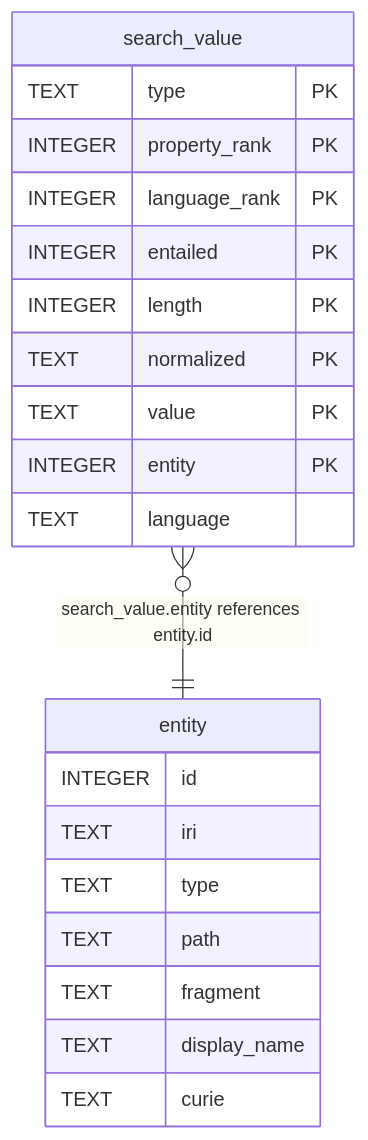
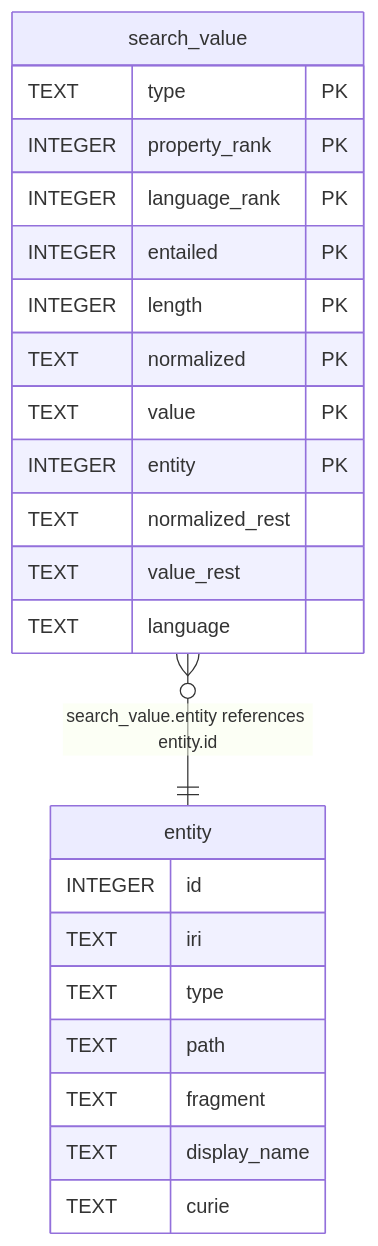
Before and after one commit to jclerman/browl: the diagram in docs/schema/derived/search_value.md, drawn with Mermaid. The commit also changed other lines of this file and 15 other files, not shown here.

````diff
--- a/docs/schema/derived/search_value.md
+++ b/docs/schema/derived/search_value.md
@@ -63,26 +67,28 @@
 ```mermaid
 erDiagram
 
 "search_value" }o--|| "entity" : "search_value.entity references entity.id"
 
 "search_value" {
   TEXT type PK
   INTEGER property_rank PK
   INTEGER language_rank PK
   INTEGER entailed PK
   INTEGER length PK
   TEXT normalized PK
   TEXT value PK
   INTEGER entity PK
+  TEXT normalized_rest
+  TEXT value_rest
   TEXT language
 }
 "entity" {
   INTEGER id
   TEXT iri
   TEXT type
   TEXT path
   TEXT fragment
   TEXT display_name
   TEXT curie
 }
 ```
````
